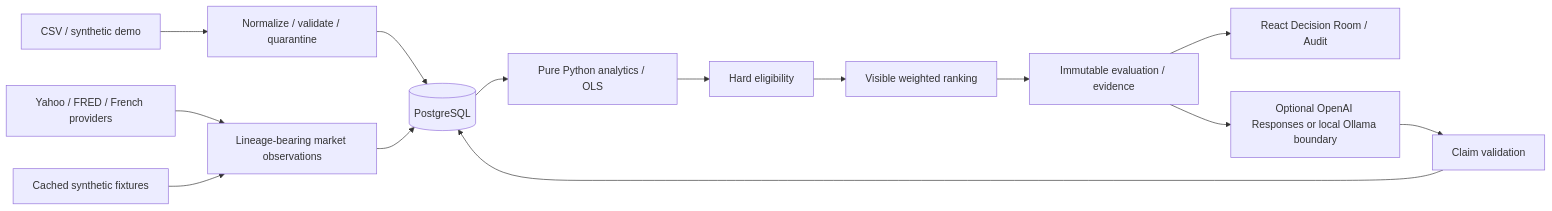
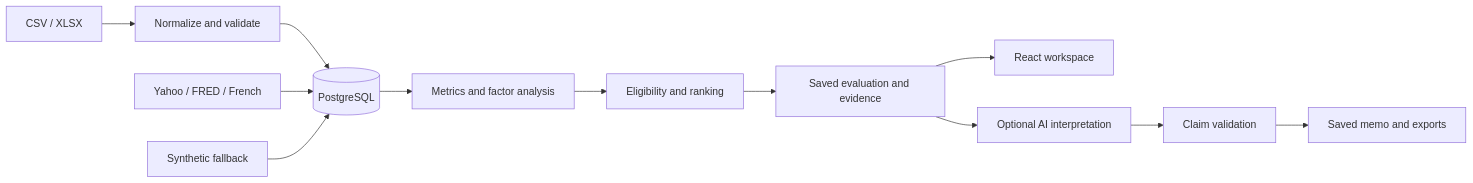
One commit to abhishekreddy1206/allocator-ic-copilot changed the diagram in ARCHITECTURE.md. Above: the diagram before and after it, drawn with Mermaid. The commit also changed other lines of this file and 8 other files, not shown here.

````diff
--- a/ARCHITECTURE.md
+++ b/ARCHITECTURE.md
@@ -3,16 +5,14 @@
 ```mermaid
 flowchart LR
- CSV[CSV / synthetic demo] --> I[Normalize / validate / quarantine]
- I --> DB[(PostgreSQL)]
- P[Yahoo / FRED / French providers] --> M[Lineage-bearing market observations]
- C[Cached synthetic fixtures] --> M
- M --> DB
- DB --> A[Pure Python analytics / OLS]
- A --> E[Hard eligibility]
- E --> R[Visible weighted ranking]
- R --> V[Immutable evaluation / evidence]
- V --> UI[React Decision Room / Audit]
- V --> AI[Optional OpenAI Responses or local Ollama boundary]
- AI --> G[Claim validation]
- G --> DB
+    Upload[CSV / XLSX] --> Validate[Normalize and validate]
+    Validate --> DB[(PostgreSQL)]
+    Market[Yahoo / FRED / French] --> DB
+    Fixtures[Synthetic fallback] --> DB
+    DB --> Analytics[Metrics and factor analysis]
+    Analytics --> Criteria[Eligibility and ranking]
+    Criteria --> Evidence[Saved evaluation and evidence]
+    Evidence --> UI[React workspace]
+    Evidence --> AI[Optional AI interpretation]
+    AI --> Checks[Claim validation]
+    Checks --> Memo[Saved memo and exports]
 ```
````
